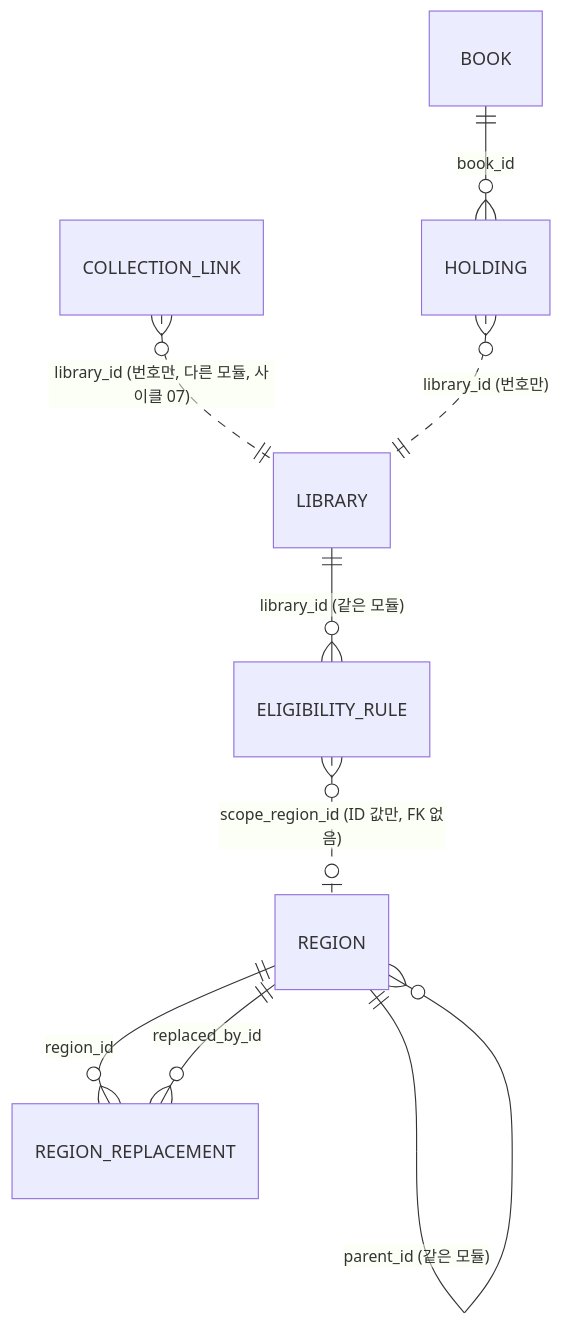
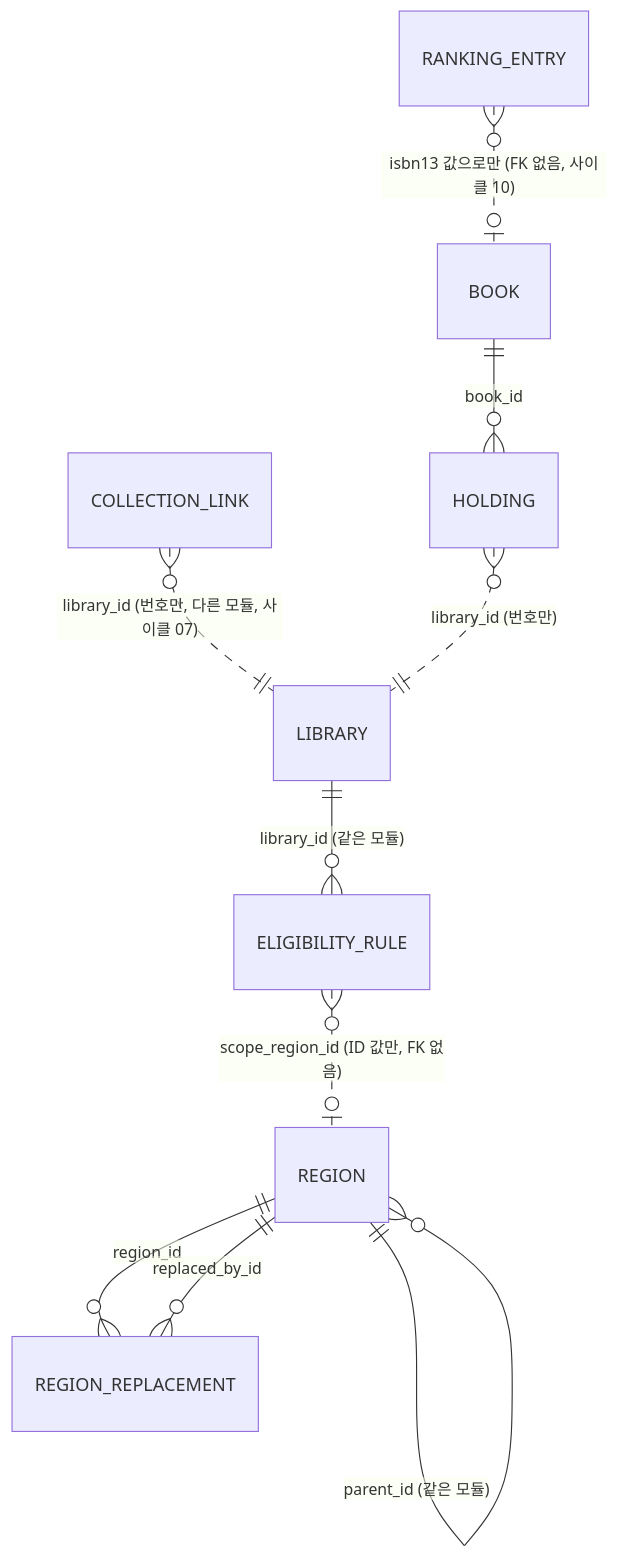
The first of 6 diagrams in docs/current/data-model.md (hodu-sketch/chaekcheck-plan), drawn with Mermaid before and after one commit. The commit also changed other lines of this file and 11 other files, not shown here.

````diff
--- a/docs/current/data-model.md
+++ b/docs/current/data-model.md
@@ -33,11 +35,12 @@
 ```mermaid
 erDiagram
   REGION ||--o{ REGION : "parent_id (같은 모듈)"
   REGION ||--o{ REGION_REPLACEMENT : "region_id"
   REGION ||--o{ REGION_REPLACEMENT : "replaced_by_id"
   LIBRARY ||--o{ ELIGIBILITY_RULE : "library_id (같은 모듈)"
   ELIGIBILITY_RULE }o..o| REGION : "scope_region_id (ID 값만, FK 없음)"
   COLLECTION_LINK }o..|| LIBRARY : "library_id (번호만, 다른 모듈, 사이클 07)"
   BOOK ||--o{ HOLDING : "book_id"
   HOLDING }o..|| LIBRARY : "library_id (번호만)"
+  RANKING_ENTRY }o..o| BOOK : "isbn13 값으로만 (FK 없음, 사이클 10)"
 ```
````
